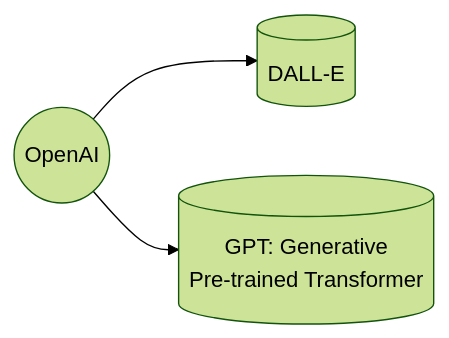
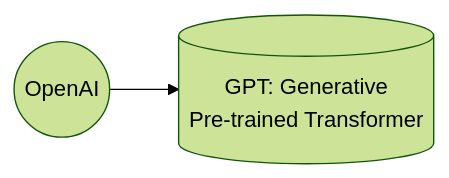
The second of 3 diagrams in 2023-01-ki/slides.md (FuReSH/slides), drawn with Mermaid (forest theme) before and after one commit. The commit also changed other lines of this file and 1 other file, not shown here.

Commit message:
fixed a Flowchart

```diff
--- a/2023-01-ki/slides.md
+++ b/2023-01-ki/slides.md
@@ -166,5 +166,4 @@
 <pre class="mermaid">
 flowchart LR
-    comp2((OpenAI)) --> dalle[(DALL-E)]
-    comp2 --> gpt[(GPT: Generative \nPre-trained Transformer)]
+    comp2((OpenAI)) --> gpt[(GPT: Generative \nPre-trained Transformer)]
 </pre>
```
